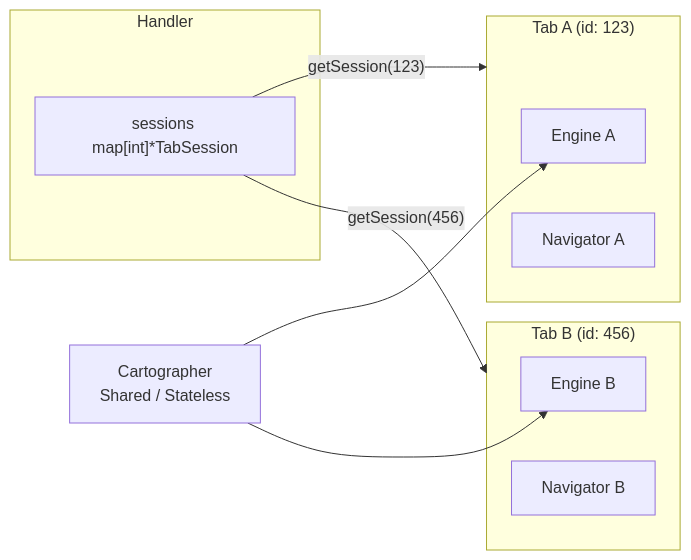
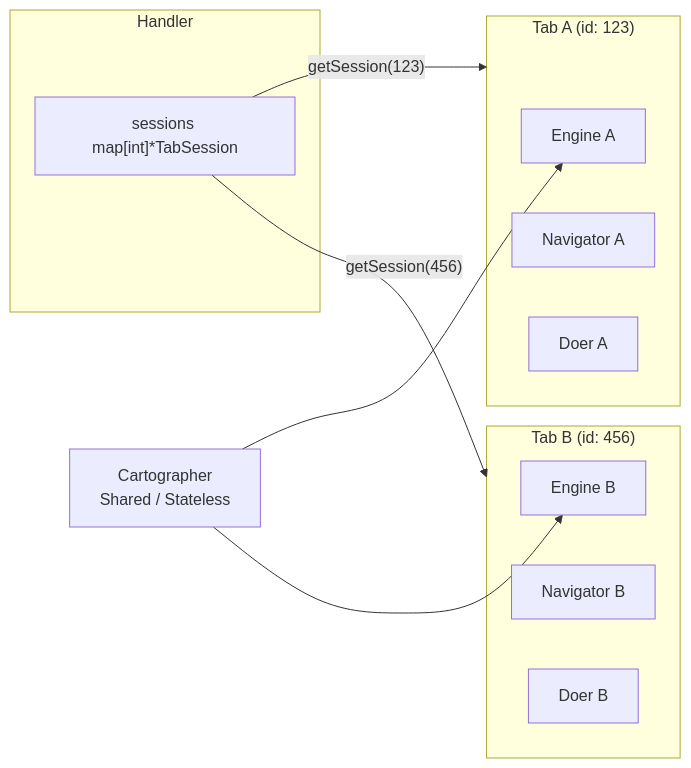
One commit to agentic-research/x-ray changed the fourth of 8 diagrams in docs/ARCHITECTURE.md. Above: the diagram before and after it, drawn with Mermaid. The commit also changed other lines of this file and 2 other files, not shown here.

First line of the commit message:
docs: Update ARCHITECTURE.md, README quick start, and Taskfile deps

````diff
--- a/docs/ARCHITECTURE.md
+++ b/docs/ARCHITECTURE.md
@@ -245,22 +265,24 @@
 ```mermaid
 graph LR
     subgraph Handler
         SM["sessions map[int]*TabSession"]
     end
 
     subgraph Tab_A["Tab A (id: 123)"]
         EA[Engine A]
         NA[Navigator A]
+        DA[Doer A]
     end
 
     subgraph Tab_B["Tab B (id: 456)"]
         EB[Engine B]
         NB[Navigator B]
+        DB[Doer B]
     end
 
     SM -->|"getSession(123)"| Tab_A
     SM -->|"getSession(456)"| Tab_B
 
     CART[Cartographer<br/>Shared / Stateless] --> EA
     CART --> EB
 ```
````
